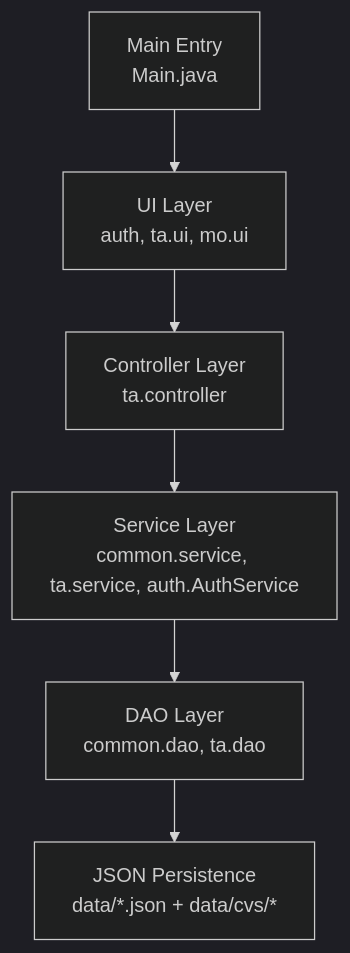
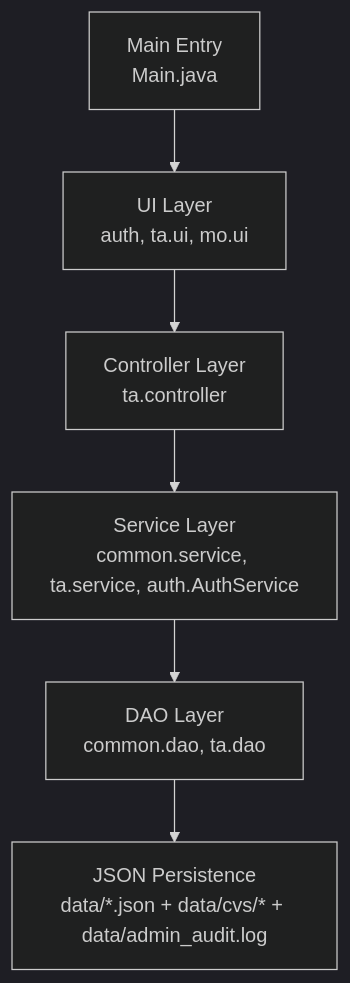
One commit to Jane-qm/EBU6304-Group85-TA-Recruitment changed the first of 8 diagrams in docs/Project-Architecture-and-RunLogic.md. Above: the diagram before and after it, drawn with Mermaid (dark theme). The commit also changed other lines of this file and 1 other file, not shown here.

````diff
--- a/docs/Project-Architecture-and-RunLogic.md
+++ b/docs/Project-Architecture-and-RunLogic.md
@@ -7,8 +13,8 @@
 ```mermaid
 flowchart TD
     A[Main Entry<br/>Main.java] --> B[UI Layer<br/>auth, ta.ui, mo.ui]
     B --> C[Controller Layer<br/>ta.controller]
     C --> D[Service Layer<br/>common.service, ta.service, auth.AuthService]
     D --> E[DAO Layer<br/>common.dao, ta.dao]
-    E --> F[JSON Persistence<br/>data/*.json + data/cvs/*]
+    E --> F[JSON Persistence<br/>data/*.json + data/cvs/* + data/admin_audit.log]
 ```
````
